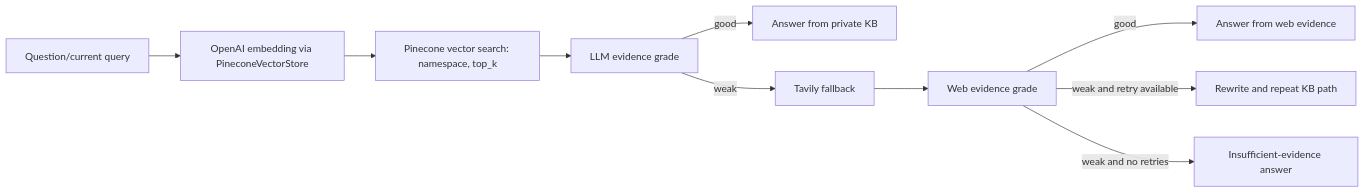
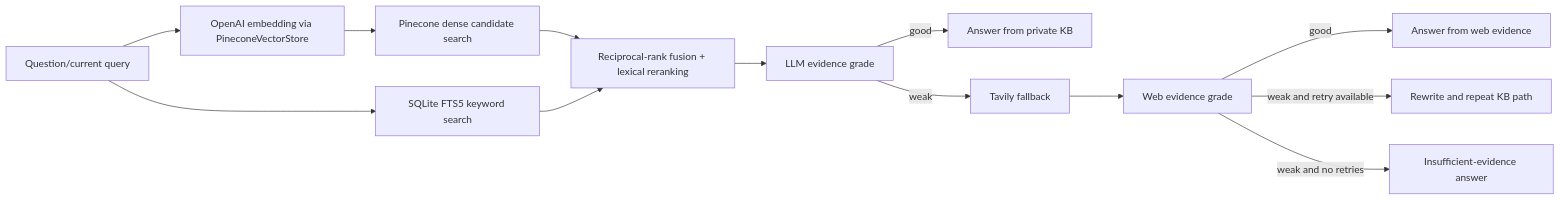
The ninth of 16 diagrams in architecture.md (arifunsari/Enterprise-IT-Support-AI-Copilot), drawn with Mermaid before and after one commit. The commit also changed other lines of this file and 16 other files, not shown here.

````diff
--- a/architecture.md
+++ b/architecture.md
@@ -457,12 +466,15 @@
 ```mermaid
 flowchart LR
     Q[Question/current query] --> E[OpenAI embedding via PineconeVectorStore]
-    E --> V[Pinecone vector search: namespace, top_k]
-    V --> G[LLM evidence grade]
+    E --> V[Pinecone dense candidate search]
+    Q --> F[SQLite FTS5 keyword search]
+    V --> R[Reciprocal-rank fusion + lexical reranking]
+    F --> R
+    R --> G[LLM evidence grade]
     G -->|good| A[Answer from private KB]
     G -->|weak| W[Tavily fallback]
     W --> WG[Web evidence grade]
     WG -->|good| WA[Answer from web evidence]
     WG -->|weak and retry available| RW[Rewrite and repeat KB path]
     WG -->|weak and no retries| I[Insufficient-evidence answer]
 ```
````
